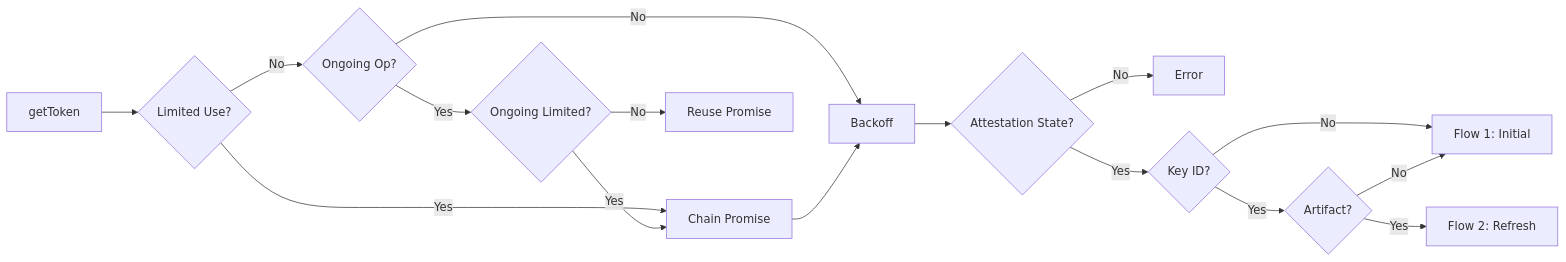
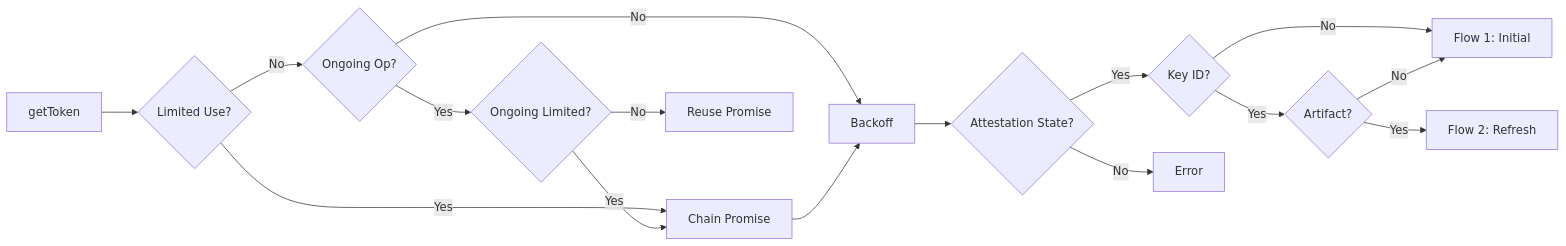
Before and after one commit to google/app-check: the first of 4 diagrams in docs/providers/app-attest.md, drawn with Mermaid.

````diff
--- a/docs/providers/app-attest.md
+++ b/docs/providers/app-attest.md
@@ -31,27 +31,27 @@
 ```mermaid
 flowchart LR
     Start[getToken] --> CheckUse{Limited Use?}
     
     CheckUse -- Yes --> Chain[Chain Promise]
     CheckUse -- No --> Coalesce{Ongoing Op?}
     
     Coalesce -- No --> Backoff[Backoff]
     Coalesce -- Yes --> CheckOngoing{Ongoing Limited?}
     
     CheckOngoing -- Yes --> Chain
     CheckOngoing -- No --> Reuse[Reuse Promise]
     
     Chain --> Backoff
     
     Backoff --> StateCheck{Attestation State?}
     
-    StateCheck -->|No| Error[Error]
-    
     StateCheck -->|Yes| KeyCheck{Key ID?}
     
     KeyCheck -- No --> Flow1[Flow 1: Initial]
     KeyCheck -- Yes --> ArtifactCheck{Artifact?}
     
     ArtifactCheck -- No --> Flow1
     ArtifactCheck -- Yes --> Flow2[Flow 2: Refresh]
+
+    StateCheck -->|No| Error[Error]
 ```
````
